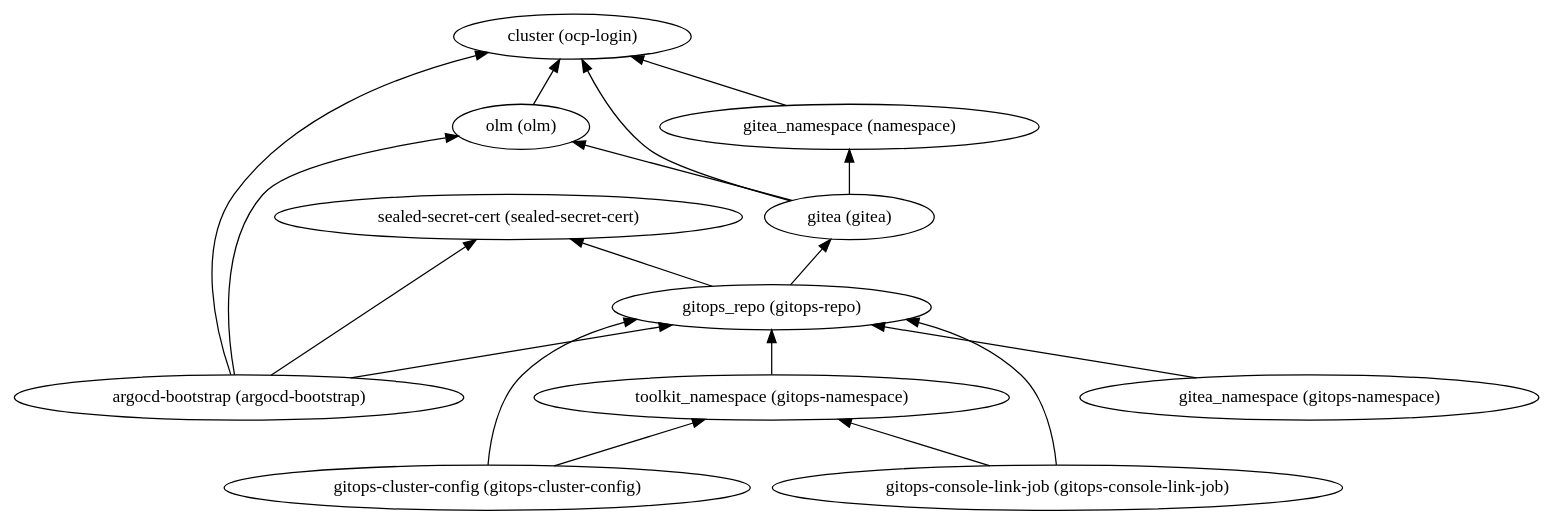
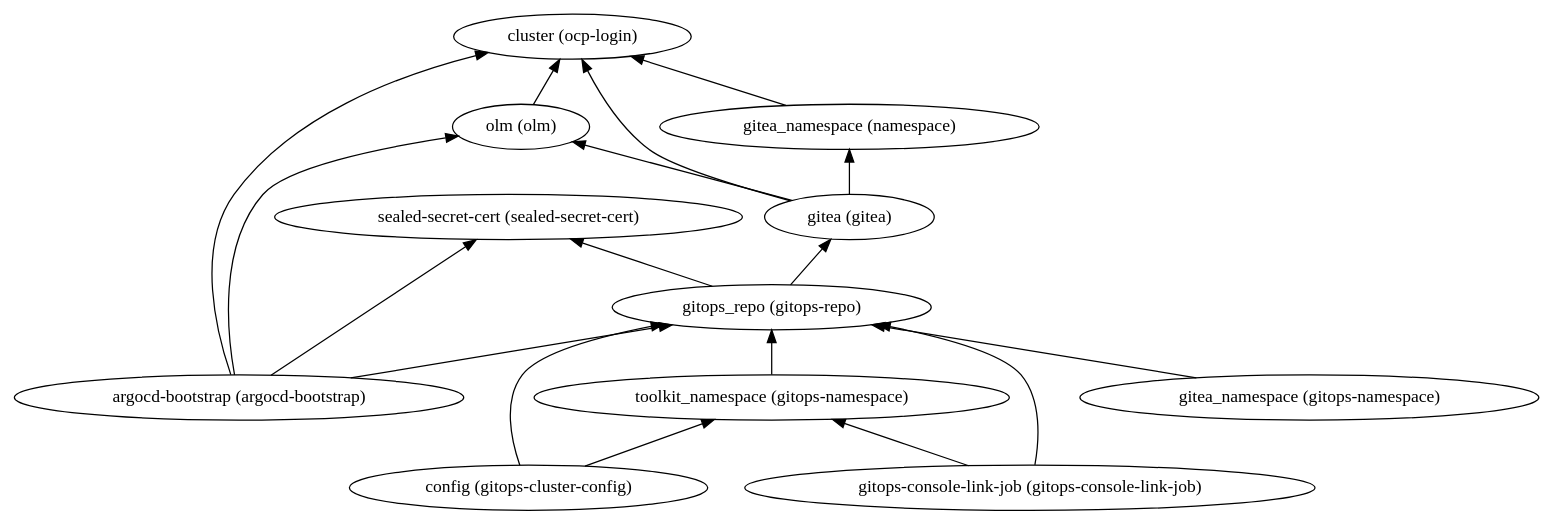
One commit to IBM/automation-maximo-app-suite changed the diagram in 200-openshift-gitops/dependencies.dot. Above: the diagram before and after it, drawn with Graphviz. The commit also changed 111 other files, not shown here.

```diff
--- a/200-openshift-gitops/dependencies.dot
+++ b/200-openshift-gitops/dependencies.dot
@@ -1,31 +1,31 @@
 digraph {
     rankdir="BT"
     "gitea (gitea)" -> "cluster (ocp-login)"
 "gitea (gitea)" -> "olm (olm)"
 "gitea (gitea)" -> "gitea_namespace (namespace)"
 "gitea (gitea)"
 "cluster (ocp-login)"
 "olm (olm)" -> "cluster (ocp-login)"
 "olm (olm)"
 "gitea_namespace (namespace)" -> "cluster (ocp-login)"
 "gitea_namespace (namespace)"
-"gitops-cluster-config (gitops-cluster-config)" -> "gitops_repo (gitops-repo)"
-"gitops-cluster-config (gitops-cluster-config)" -> "toolkit_namespace (gitops-namespace)"
-"gitops-cluster-config (gitops-cluster-config)"
+"config (gitops-cluster-config)" -> "gitops_repo (gitops-repo)"
+"config (gitops-cluster-config)" -> "toolkit_namespace (gitops-namespace)"
+"config (gitops-cluster-config)"
 "gitops_repo (gitops-repo)" -> "sealed-secret-cert (sealed-secret-cert)"
 "gitops_repo (gitops-repo)" -> "gitea (gitea)"
 "gitops_repo (gitops-repo)"
 "sealed-secret-cert (sealed-secret-cert)"
 "toolkit_namespace (gitops-namespace)" -> "gitops_repo (gitops-repo)"
 "toolkit_namespace (gitops-namespace)"
 "gitops-console-link-job (gitops-console-link-job)" -> "gitops_repo (gitops-repo)"
 "gitops-console-link-job (gitops-console-link-job)" -> "toolkit_namespace (gitops-namespace)"
 "gitops-console-link-job (gitops-console-link-job)"
 "gitea_namespace (gitops-namespace)" -> "gitops_repo (gitops-repo)"
 "gitea_namespace (gitops-namespace)"
 "argocd-bootstrap (argocd-bootstrap)" -> "cluster (ocp-login)"
 "argocd-bootstrap (argocd-bootstrap)" -> "olm (olm)"
 "argocd-bootstrap (argocd-bootstrap)" -> "gitops_repo (gitops-repo)"
 "argocd-bootstrap (argocd-bootstrap)" -> "sealed-secret-cert (sealed-secret-cert)"
 "argocd-bootstrap (argocd-bootstrap)"
   }
```
